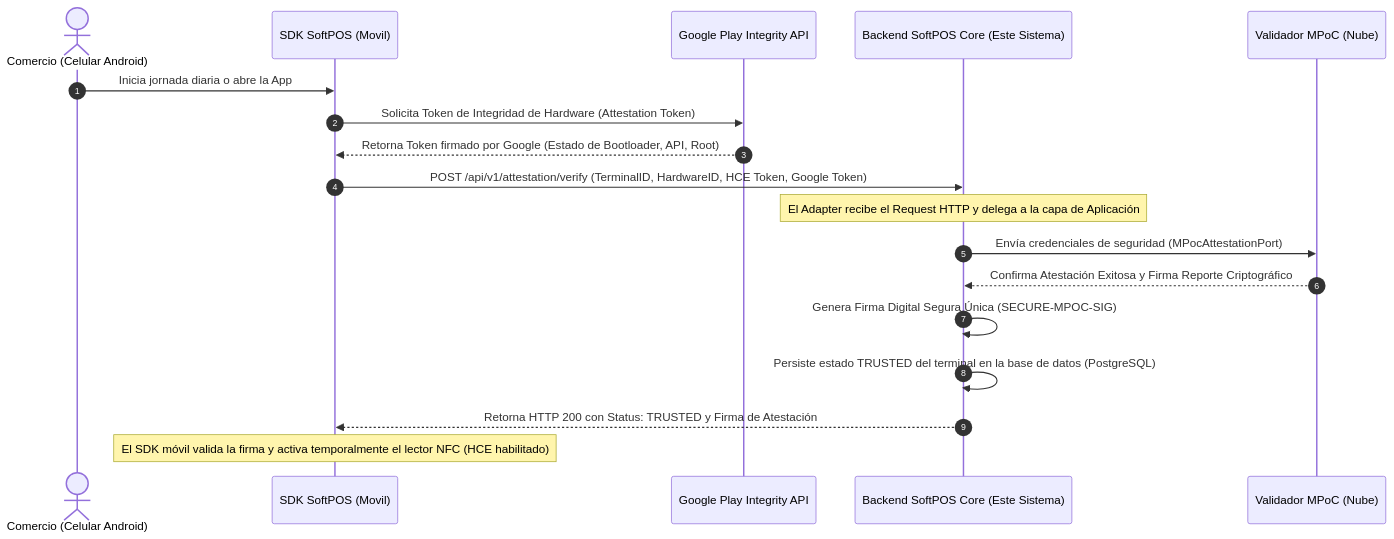
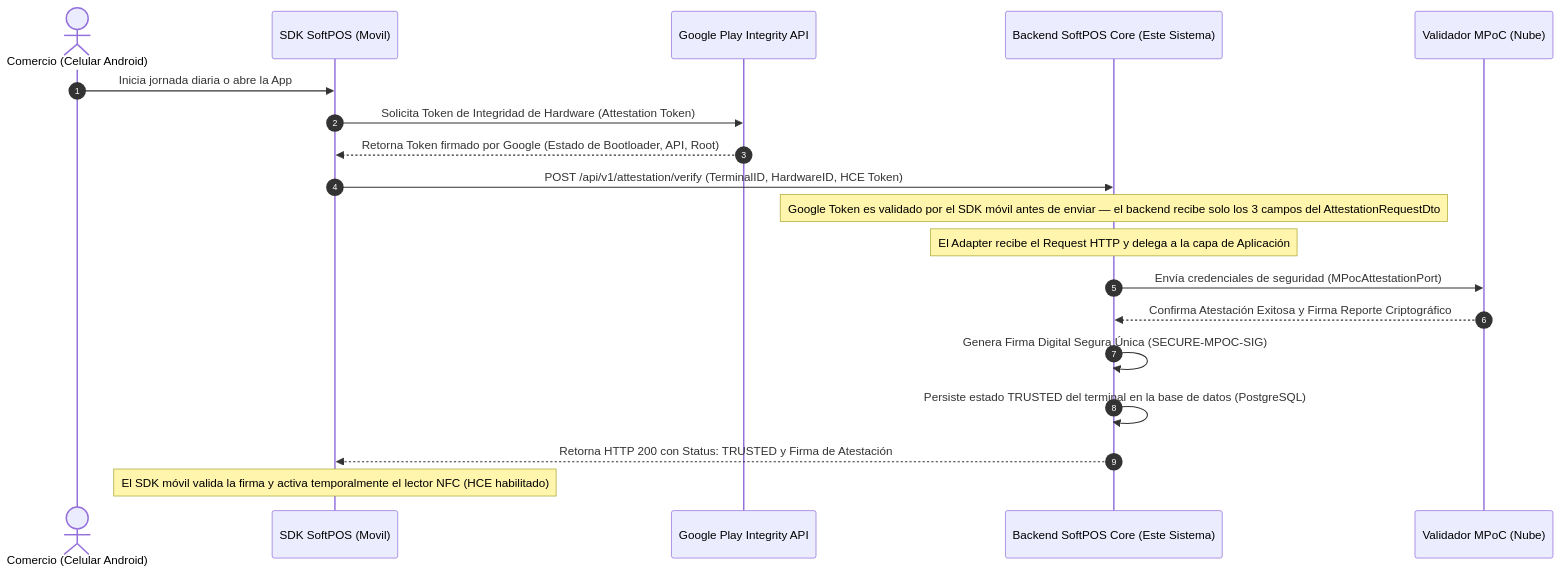
Before and after one commit to dannysenju/taptotphone: the first of 4 diagrams in docs/02_real_world_flow.md, drawn with Mermaid. The commit also changed other lines of this file, not shown here.

````diff
--- a/docs/02_real_world_flow.md
+++ b/docs/02_real_world_flow.md
@@ -26,24 +26,25 @@
 ```mermaid
 sequenceDiagram
     autonumber
     actor Merchant as Comercio (Celular Android)
     participant SDK as SDK SoftPOS (Movil)
     participant Google as Google Play Integrity API
     participant Backend as Backend SoftPOS Core (Este Sistema)
     participant Validator as Validador MPoC (Nube)
 
     Merchant->>SDK: Inicia jornada diaria o abre la App
     SDK->>Google: Solicita Token de Integridad de Hardware (Attestation Token)
     Google-->>SDK: Retorna Token firmado por Google (Estado de Bootloader, API, Root)
     
-    SDK->>Backend: POST /api/v1/attestation/verify (TerminalID, HardwareID, HCE Token, Google Token)
+    SDK->>Backend: POST /api/v1/attestation/verify (TerminalID, HardwareID, HCE Token)
+    Note over Backend: Google Token es validado por el SDK móvil antes de enviar — el backend recibe solo los 3 campos del AttestationRequestDto
     Note over Backend: El Adapter recibe el Request HTTP y delega a la capa de Aplicación
     Backend->>Validator: Envía credenciales de seguridad (MPocAttestationPort)
     Validator-->>Backend: Confirma Atestación Exitosa y Firma Reporte Criptográfico
     
     Backend->>Backend: Genera Firma Digital Segura Única (SECURE-MPOC-SIG)
     Backend->>Backend: Persiste estado TRUSTED del terminal en la base de datos (PostgreSQL)
     Backend-->>SDK: Retorna HTTP 200 con Status: TRUSTED y Firma de Atestación
     
     Note over SDK: El SDK móvil valida la firma y activa temporalmente el lector NFC (HCE habilitado)
 ```
````
